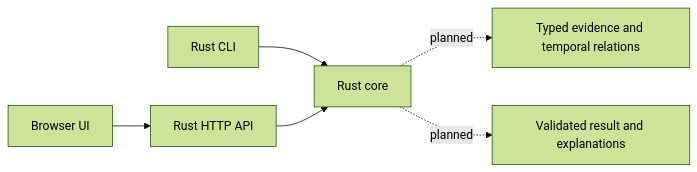
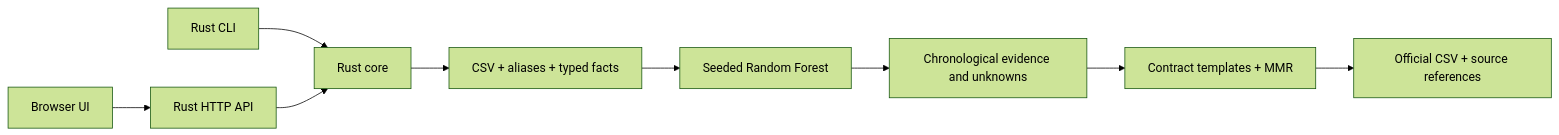
Before and after one commit to QA-DNA/hype-arena-starter: the diagram in docs/architecture.md, drawn with Mermaid (forest theme). The commit also changed other lines of this file and 20 other files, not shown here.

````diff
--- a/docs/architecture.md
+++ b/docs/architecture.md
@@ -12,8 +14,11 @@
 ```mermaid
 flowchart LR
     CLI["Rust CLI"] --> Core["Rust core"]
     Web["Browser UI"] --> API["Rust HTTP API"]
     API --> Core
-    Core -. planned .-> Evidence["Typed evidence and temporal relations"]
-    Core -. planned .-> Output["Validated result and explanations"]
+    Core --> Parse["CSV + aliases + typed facts"]
+    Parse --> Forest["Seeded Random Forest"]
+    Forest --> Evidence["Chronological evidence and unknowns"]
+    Evidence --> MMR["Contract templates + MMR"]
+    MMR --> Output["Official CSV + source references"]
 ```
````
